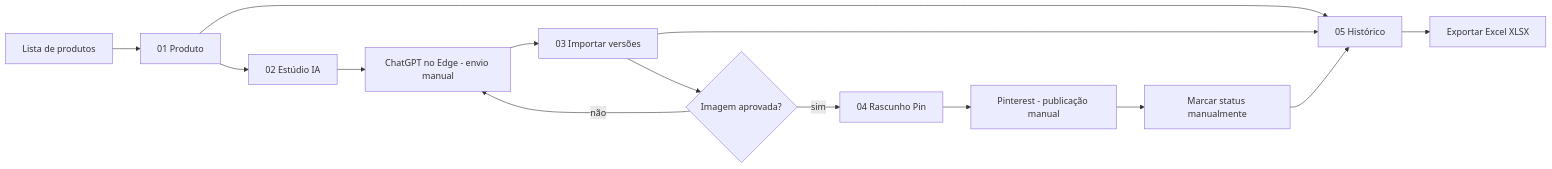
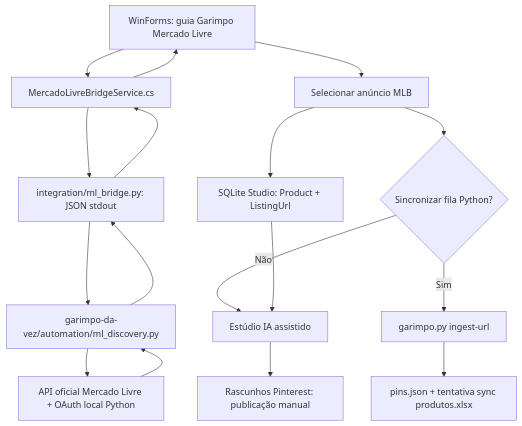
The diagram in Docs/arquitetura.md (victoralecrim11/garimpo-da-vez-studio), drawn with Mermaid before and after one commit. The commit also changed other lines of this file, not shown here.

Commit message:
docs: document Mercado Livre discovery and Python bridge accurately

````diff
--- a/Docs/arquitetura.md
+++ b/Docs/arquitetura.md
@@ -5,16 +5,16 @@
 ```mermaid
-flowchart LR
-  A[Lista de produtos] --> B[01 Produto]
-  B --> C[02 Estúdio IA]
-  C --> D[ChatGPT no Edge - envio manual]
-  D --> E[03 Importar versões]
-  E --> F{Imagem aprovada?}
-  F -- não --> D
-  F -- sim --> G[04 Rascunho Pin]
-  G --> H[Pinterest - publicação manual]
-  H --> I[Marcar status manualmente]
-  B --> J[05 Histórico]
-  E --> J
-  I --> J
-  J --> K[Exportar Excel XLSX]
+flowchart TD
+  UI[WinForms: guia Garimpo Mercado Livre] --> S[MercadoLivreBridgeService.cs]
+  S --> P[integration/ml_bridge.py: JSON stdout]
+  P --> D[garimpo-da-vez/automation/ml_discovery.py]
+  D --> A[API oficial Mercado Livre + OAuth local Python]
+  A --> D --> P --> S --> UI
+  UI --> I[Selecionar anúncio MLB]
+  I --> DB[SQLite Studio: Product + ListingUrl]
+  I --> Q{Sincronizar fila Python?}
+  Q -->|Sim| G[garimpo.py ingest-url]
+  G --> J[pins.json + tentativa sync produtos.xlsx]
+  Q -->|Não| E[Estúdio IA assistido]
+  DB --> E
+  E --> R[Rascunhos Pinterest: publicação manual]
 ```
````
